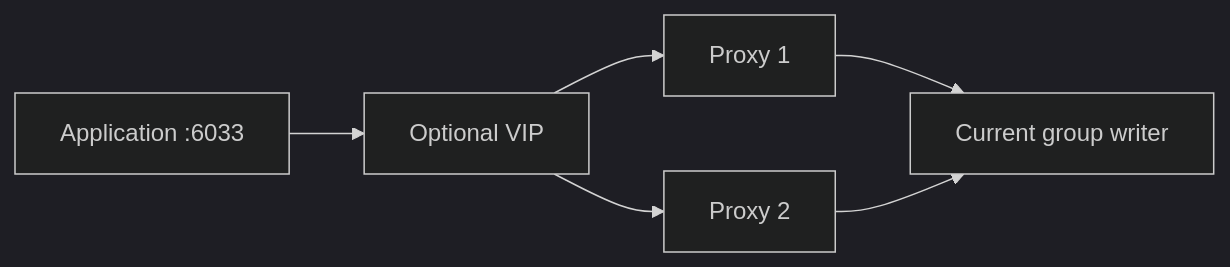
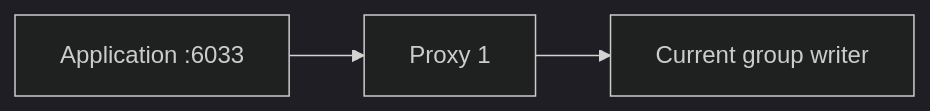
One commit to vishuops0210/percona_server_8.4 changed the diagram in docs/proxysql.md. Above: the diagram before and after it, drawn with Mermaid (dark theme). The commit also changed other lines of this file and 14 other files, not shown here.

````diff
--- a/docs/proxysql.md
+++ b/docs/proxysql.md
@@ -3,8 +3,5 @@
 ```mermaid
 flowchart LR
-  A[Application :6033] --> V[Optional VIP]
-  V --> P1[Proxy 1]
-  V --> P2[Proxy 2]
+  A[Application :6033] --> P1[Proxy 1]
   P1 --> W[Current group writer]
-  P2 --> W
 ```
````
